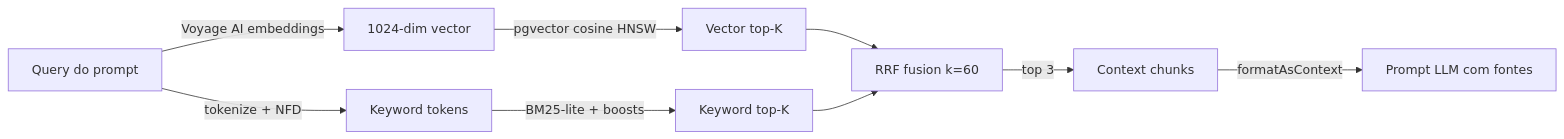
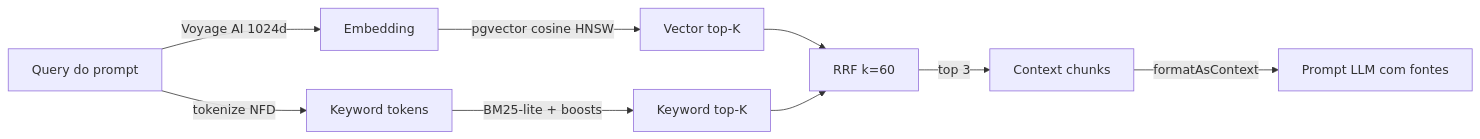
One commit to akamitatrush/CareerTwinAI changed the fourth of 6 diagrams in README.md. Above: the diagram before and after it, drawn with Mermaid. The commit also changed other lines of this file and 7 other files, not shown here.

````diff
--- a/README.md
+++ b/README.md
@@ -170,12 +222,12 @@
 ```mermaid
 flowchart LR
     Q["Query do prompt"]
-    Q -->|"Voyage AI embeddings"| E["1024-dim vector"]
-    Q -->|"tokenize + NFD"| T["Keyword tokens"]
+    Q -->|"Voyage AI 1024d"| E["Embedding"]
+    Q -->|"tokenize NFD"| T["Keyword tokens"]
     E -->|"pgvector cosine HNSW"| V["Vector top-K"]
     T -->|"BM25-lite + boosts"| K["Keyword top-K"]
-    V --> R["RRF fusion k=60"]
+    V --> R["RRF k=60"]
     K --> R
     R -->|"top 3"| C["Context chunks"]
     C -->|"formatAsContext"| P["Prompt LLM com fontes"]
 ```
````
